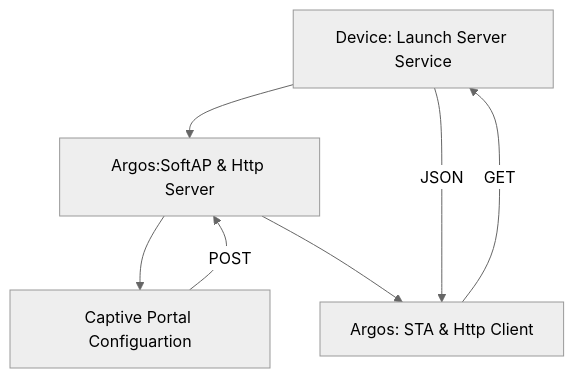
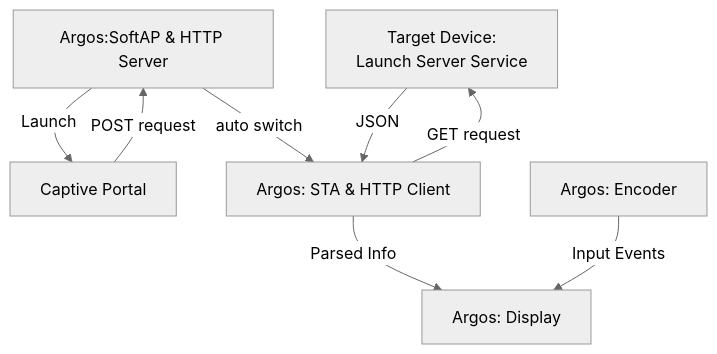
One commit to Jav1ki4N/Argos changed the diagram in readme.md. Above: the diagram before and after it, drawn with Mermaid (neutral theme). The commit also changed other lines of this file and 6 other files, not shown here.

````diff
--- a/readme.md
+++ b/readme.md
@@ -32,9 +34,12 @@
 ```mermaid
 graph TD
-A[Device: Launch Server Service]-->B[Argos:SoftAP & Http Server]
-B-->C[Captive Portal Configuartion]
-C-->|POST|B
-B-->D[Argos: STA & Http Client]
-D-->|GET|A
+A[Target Device: 
+Launch Server Service]
+B[Argos:SoftAP & HTTP Server]-->|Launch|C[Captive Portal]
+C-->|POST request|B
+B-->|auto switch|D[Argos: STA & HTTP Client]
+D-->|GET request|A
 A-->|JSON|D
+D-->|Parsed Info|E[Argos: Display]
+F[Argos: Encoder]-->|Input Events|E
 ```
````
